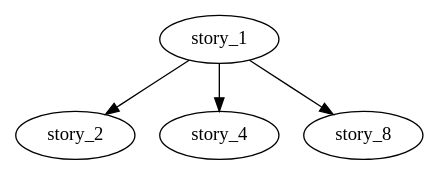
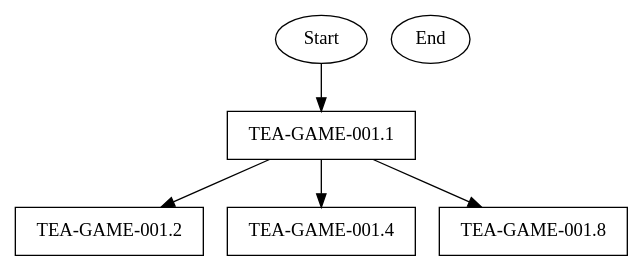
One commit to fabceolin/the_edge_agent changed the third of 3 diagrams in docs/articles/writing-tea-with-tea.md. Above: the diagram before and after it, drawn with Graphviz. The commit also changed other lines of this file, not shown here.

Commit message:
docs: expand Ralphy workflow documentation with validate-then-develop cycle, BMad v4 requirements, and production examples (docs/articles/writing-tea-with-tea.md)

````diff
--- a/docs/articles/writing-tea-with-tea.md
+++ b/docs/articles/writing-tea-with-tea.md
@@ -495,17 +672,27 @@
 ```dot
 digraph tea_game_001_development {
-    // Same dependency structure as validation
-    // But running bmad-story-development.yaml
+    rankdir=TB;
+    node [shape=box];
 
-    story_1 [command="tea-python run bmad-story-development.yaml
-                      --input '{\"arg\": \"TEA-GAME-001.1\"}'"];
+    Start [label="Start", shape=ellipse];
+    End [label="End", shape=ellipse];
 
-    // Phase 2: Develop 3 stories in parallel
+    // Phase 1: Foundation
+    story_1 [label="TEA-GAME-001.1",
+             command="tea run examples/workflows/ralphy-develop.yaml
+                      --input '{\"source\": \"docs/stories/TEA-GAME-001.1.md\"}'"];
+
+    // Phase 2: Parallel development (3 stories simultaneously)
+    story_2 [label="TEA-GAME-001.2", command="tea run ..."];
+    story_4 [label="TEA-GAME-001.4", command="tea run ..."];
+    story_8 [label="TEA-GAME-001.8", command="tea run ..."];
+
+    Start -> story_1;
     story_1 -> story_2;
     story_1 -> story_4;
     story_1 -> story_8;
 
-    // Each story gets fresh context
+    // Each story gets fresh context via TEA subprocess
     // No cross-contamination between implementations
 }
 ```
````
